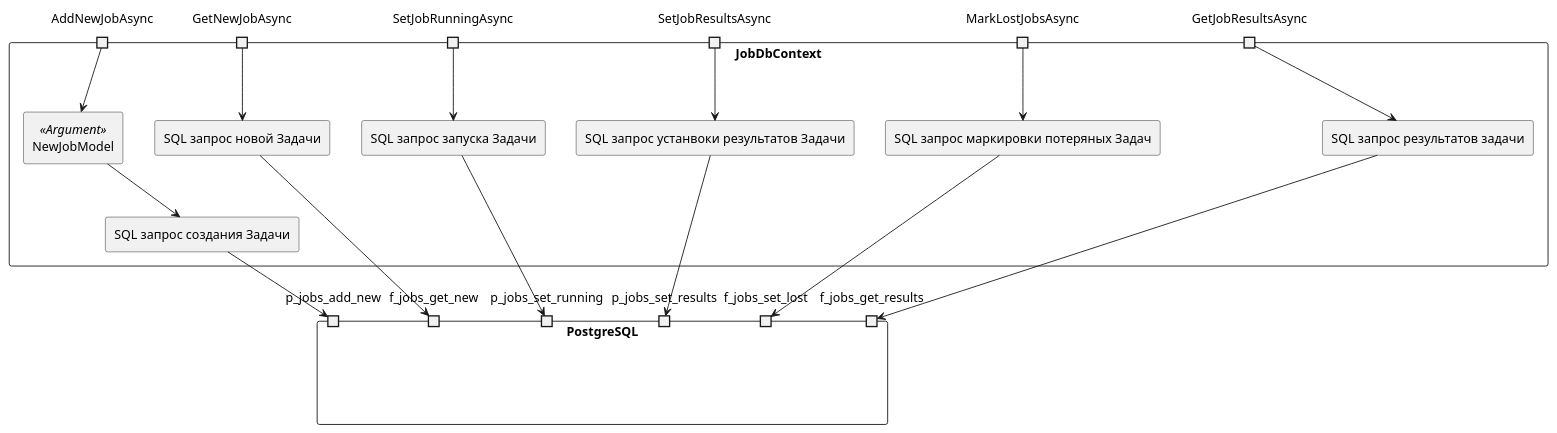
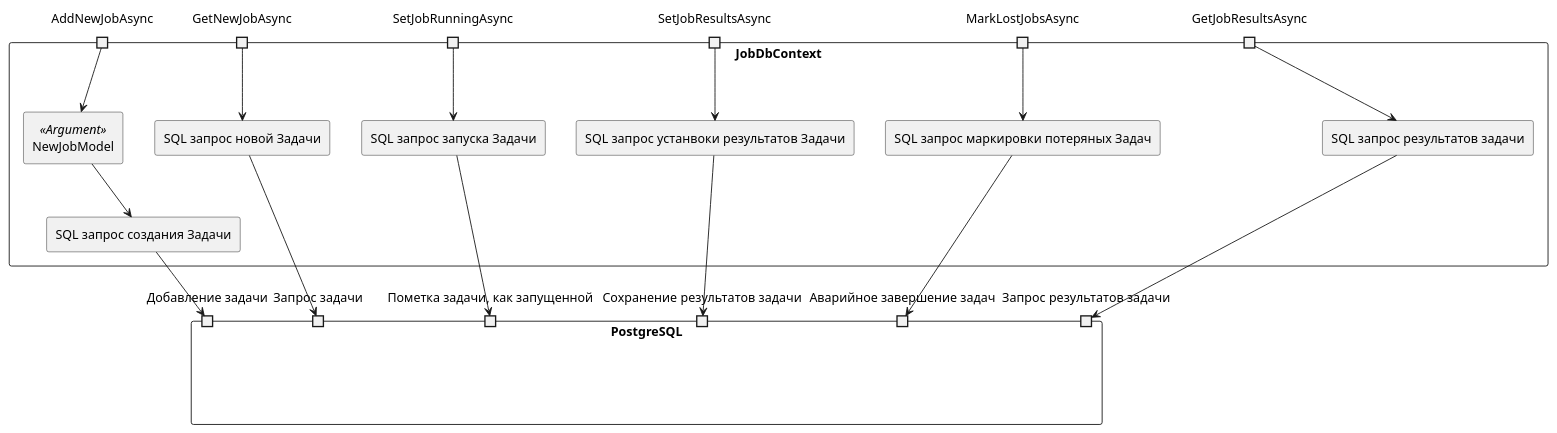
One commit to mrypdm/JobSystem changed the diagram in docs/diagrams/structure/Job.Database.puml. Above: the diagram before and after it, drawn with PlantUML. The commit also changed 5 other files, not shown here.

```diff
--- a/docs/diagrams/structure/Job.Database.puml
+++ b/docs/diagrams/structure/Job.Database.puml
@@ -1,49 +1,49 @@
 @startuml JobDbContext
 skinparam componentStyle rectangle
 skinparam linetype polyline
 
 component PostgreSQL {
-    portin p_jobs_add_new
-    portin f_jobs_get_new
-    portin p_jobs_set_running
-    portin p_jobs_set_results
-    portin f_jobs_set_lost
-    portin f_jobs_get_results
+    portin "Добавление задачи" as p_jobs_add_new
+    portin "Запрос задачи" as f_jobs_get_new
+    portin "Пометка задачи, как запущенной" as p_jobs_set_running
+    portin "Сохранение результатов задачи" as p_jobs_set_results
+    portin "Аварийное завершение задач" as f_jobs_set_lost
+    portin "Запрос результатов задачи" as f_jobs_get_results
 }
 
 component JobDbContext {
     portin AddNewJobAsync
     [SQL запрос создания Задачи] as addNewJobSql
     [NewJobModel] << Argument >> as NewJobModelIn
     AddNewJobAsync --> NewJobModelIn
     NewJobModelIn --> addNewJobSql
 
     portin GetNewJobAsync
     [SQL запрос новой Задачи] as getNewJobSql
     GetNewJobAsync --> getNewJobSql
 
     portin SetJobRunningAsync
     [SQL запрос запуска Задачи] as setRunningSql
     SetJobRunningAsync --> setRunningSql
 
     portin SetJobResultsAsync
     [SQL запрос устанвоки результатов Задачи] as setResultsSql
     SetJobResultsAsync --> setResultsSql
 
     portin MarkLostJobsAsync
     [SQL запрос маркировки потеряных Задач] as setLostSql
     MarkLostJobsAsync --> setLostSql
 
     portin GetJobResultsAsync
     [SQL запрос результатов задачи] as getResultsSQL
     GetJobResultsAsync --> getResultsSQL
 }
 
 addNewJobSql --> p_jobs_add_new
 getNewJobSql --> f_jobs_get_new
 setRunningSql --> p_jobs_set_running
 setResultsSql --> p_jobs_set_results
 setLostSql --> f_jobs_set_lost
 getResultsSQL --> f_jobs_get_results
 
 @enduml
```
